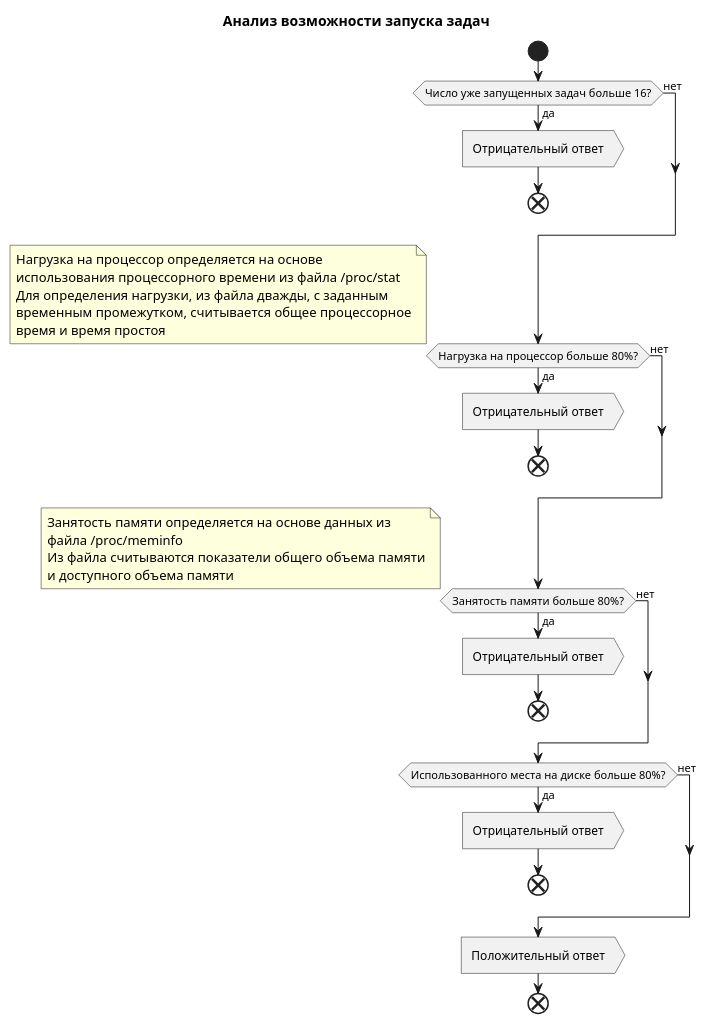
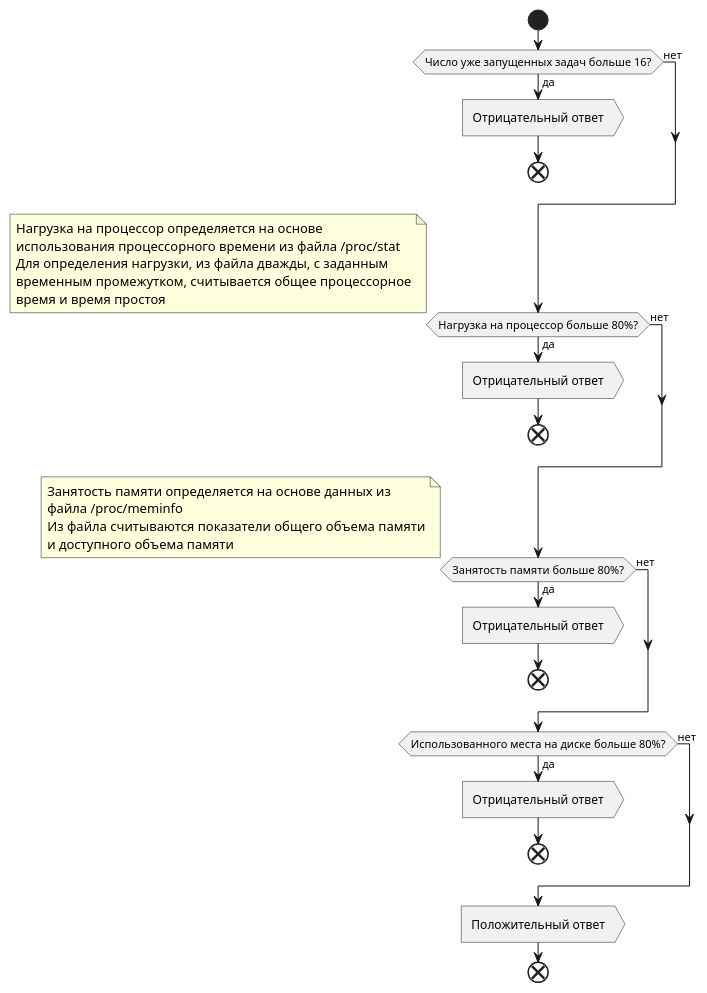
Before and after one commit to mrypdm/JobSystem: the second of 7 diagrams in docs/diagrams/activity/Job.Worker.puml, drawn with PlantUML. The commit also changed other lines of this file and 19 other files, not shown here.

```diff
--- a/docs/diagrams/activity/Job.Worker.puml
+++ b/docs/diagrams/activity/Job.Worker.puml
@@ -40,48 +38,46 @@
 @startuml Resource analyzer
-
-title Анализ возможности запуска задач
 
 start
 
 if (Число уже запущенных задач больше 16?) then (да)
     :Отрицательный ответ>
     end
 else (нет)
 endif
 
 if (Нагрузка на процессор больше 80%?) then (да)
     note left
         Нагрузка на процессор определяется на основе
         использования процессорного времени из файла /proc/stat
         Для определения нагрузки, из файла дважды, с заданным
         временным промежутком, считывается общее процессорное
         время и время простоя
     end note
     :Отрицательный ответ>
     end
 else (нет)
 endif
 
 if (Занятость памяти больше 80%?) then (да)
     note left
         Занятость памяти определяется на основе данных из
         файла /proc/meminfo
         Из файла считываются показатели общего объема памяти
         и доступного объема памяти
     end note
     :Отрицательный ответ>
     end
 else (нет)
 endif
 
 if (Использованного места на диске больше 80%?) then (да)
     :Отрицательный ответ>
     end
 else (нет)
 endif
 
 :Положительный ответ>
 
 end
 
 @enduml
```
